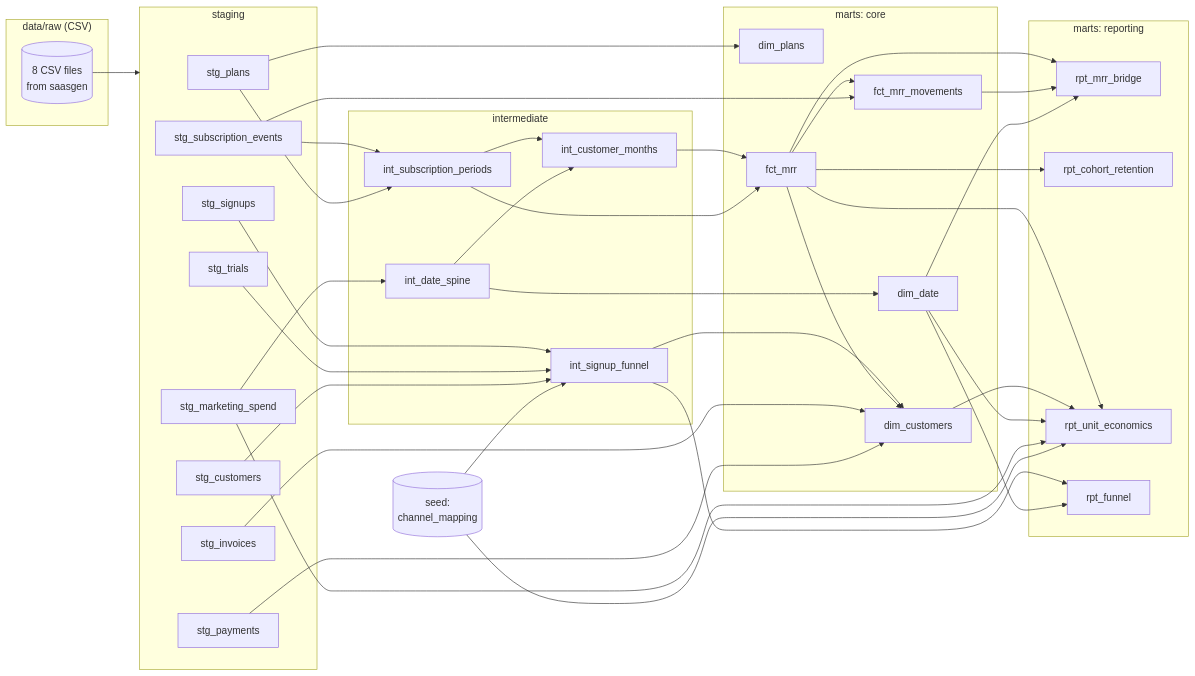
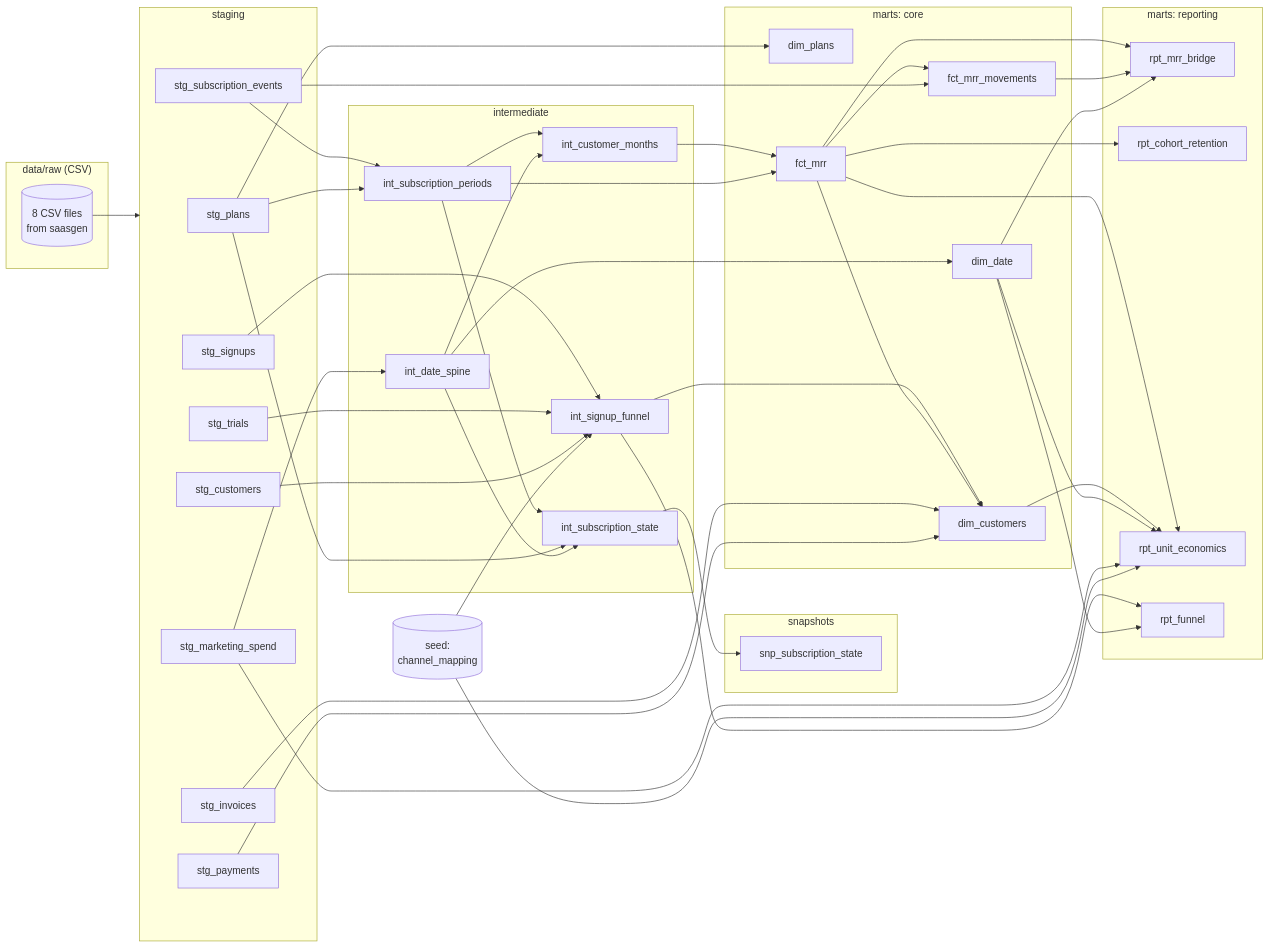
One commit to ult666666/saas-analytics-warehouse changed the diagram in README.md. Above: the diagram before and after it, drawn with Mermaid. The commit also changed other lines of this file and 34 other files, not shown here.

````diff
--- a/README.md
+++ b/README.md
@@ -34,50 +34,56 @@
 ```mermaid
 flowchart LR
     subgraph raw["data/raw (CSV)"]
         raw_files[("8 CSV files<br/>from saasgen")]
     end
     subgraph staging["staging"]
         stg_plans
         stg_marketing_spend
         stg_signups
         stg_trials
         stg_customers
         stg_subscription_events
         stg_invoices
         stg_payments
     end
     seed[("seed:<br/>channel_mapping")]
     subgraph intermediate["intermediate"]
         int_date_spine
         int_signup_funnel
         int_subscription_periods
         int_customer_months
+        int_subscription_state
+    end
+    subgraph snapshots["snapshots"]
+        snp_subscription_state
     end
     subgraph core["marts: core"]
         dim_date
         dim_plans
         dim_customers
         fct_mrr
         fct_mrr_movements
     end
     subgraph reporting["marts: reporting"]
         rpt_mrr_bridge
         rpt_cohort_retention
         rpt_unit_economics
         rpt_funnel
     end
     raw_files --> staging
     stg_marketing_spend --> int_date_spine
     stg_signups & stg_trials & stg_customers & seed --> int_signup_funnel
     stg_subscription_events & stg_plans --> int_subscription_periods
     int_subscription_periods & int_date_spine --> int_customer_months
+    int_subscription_periods & stg_plans & int_date_spine --> int_subscription_state
+    int_subscription_state --> snp_subscription_state
     int_date_spine --> dim_date
     stg_plans --> dim_plans
     int_customer_months & int_subscription_periods --> fct_mrr
     fct_mrr & stg_subscription_events --> fct_mrr_movements
     int_signup_funnel & fct_mrr & stg_invoices & stg_payments --> dim_customers
     fct_mrr & fct_mrr_movements & dim_date --> rpt_mrr_bridge
     fct_mrr --> rpt_cohort_retention
     fct_mrr & dim_customers & dim_date & stg_marketing_spend & seed --> rpt_unit_economics
     int_signup_funnel & dim_date --> rpt_funnel
 ```
````
